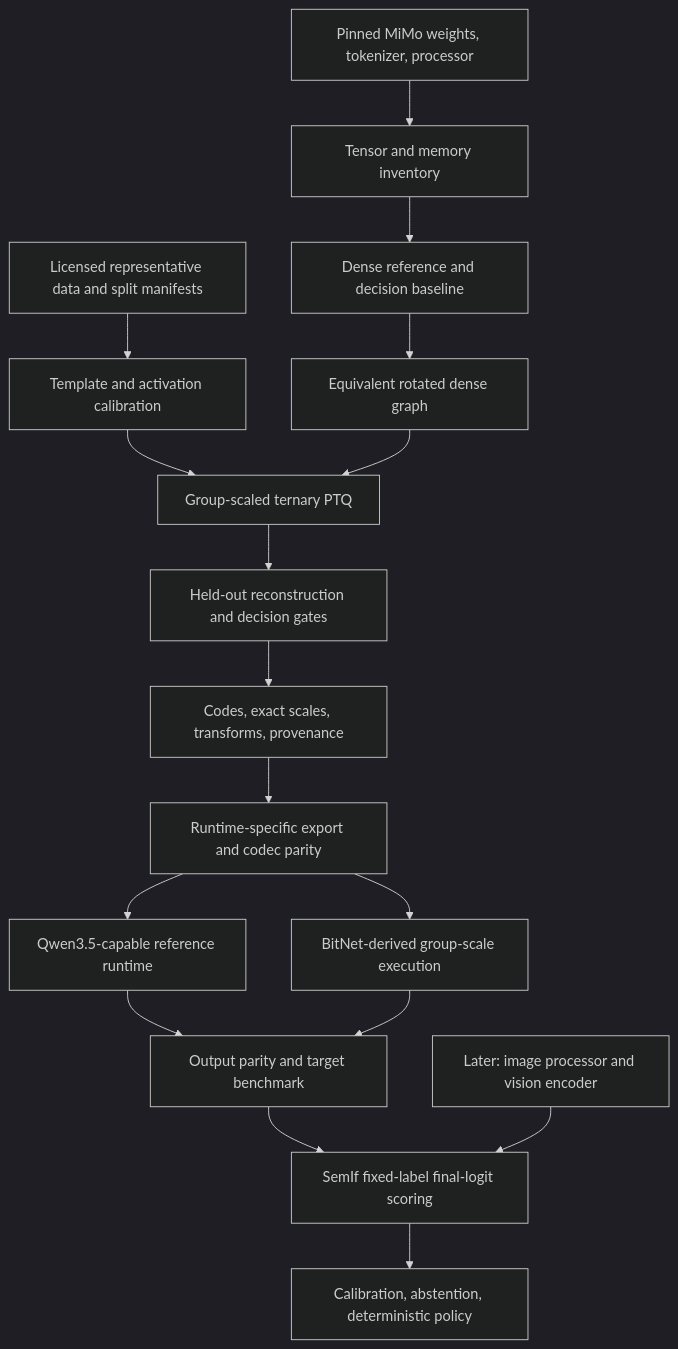
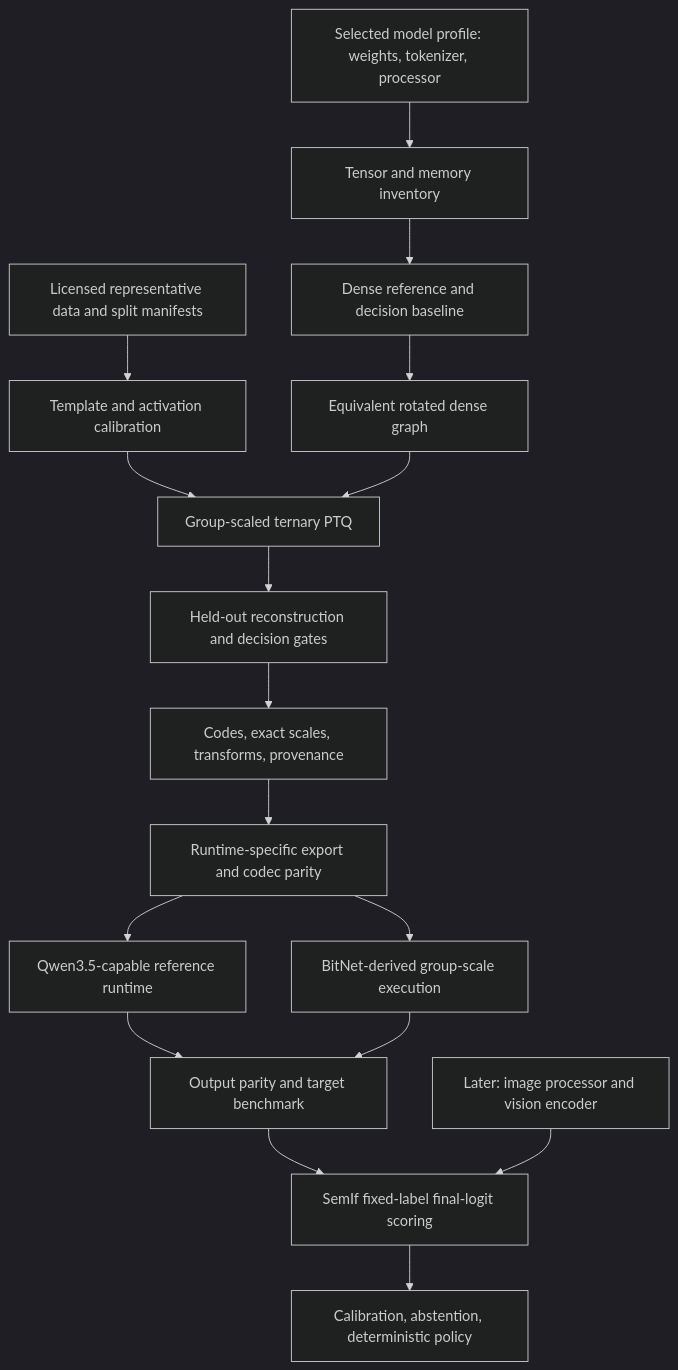
Before and after one commit to venim1103/embedded-jev: the diagram in docs/design.md, drawn with Mermaid (dark theme). The commit also changed other lines of this file and 7 other files, not shown here.

````diff
--- a/docs/design.md
+++ b/docs/design.md
@@ -53,19 +85,19 @@
 ```mermaid
 flowchart TD
-    Source["Pinned MiMo weights, tokenizer, processor"] --> Inventory["Tensor and memory inventory"]
+   Source["Selected model profile: weights, tokenizer, processor"] --> Inventory["Tensor and memory inventory"]
     Data["Licensed representative data and split manifests"] --> Calibration["Template and activation calibration"]
     Inventory --> Dense["Dense reference and decision baseline"]
     Dense --> Rotated["Equivalent rotated dense graph"]
     Calibration --> Quantizer["Group-scaled ternary PTQ"]
     Rotated --> Quantizer
     Quantizer --> Quality["Held-out reconstruction and decision gates"]
     Quality --> Artifact["Codes, exact scales, transforms, provenance"]
     Artifact --> Export["Runtime-specific export and codec parity"]
     Export --> Reference["Qwen3.5-capable reference runtime"]
     Export --> Kernels["BitNet-derived group-scale execution"]
     Reference --> Compare["Output parity and target benchmark"]
     Kernels --> Compare
     Compare --> Scorer["SemIf fixed-label final-logit scoring"]
     Scorer --> Policy["Calibration, abstention, deterministic policy"]
     Vision["Later: image processor and vision encoder"] --> Scorer
 ```
````
